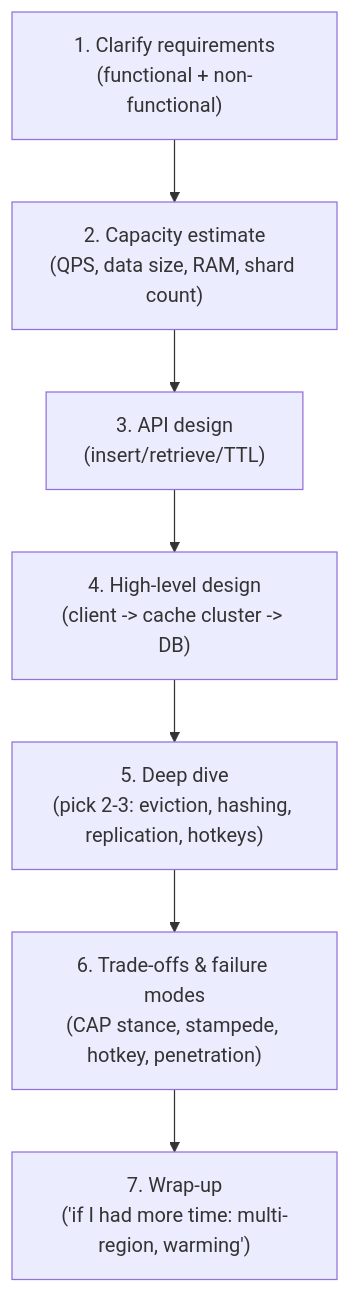
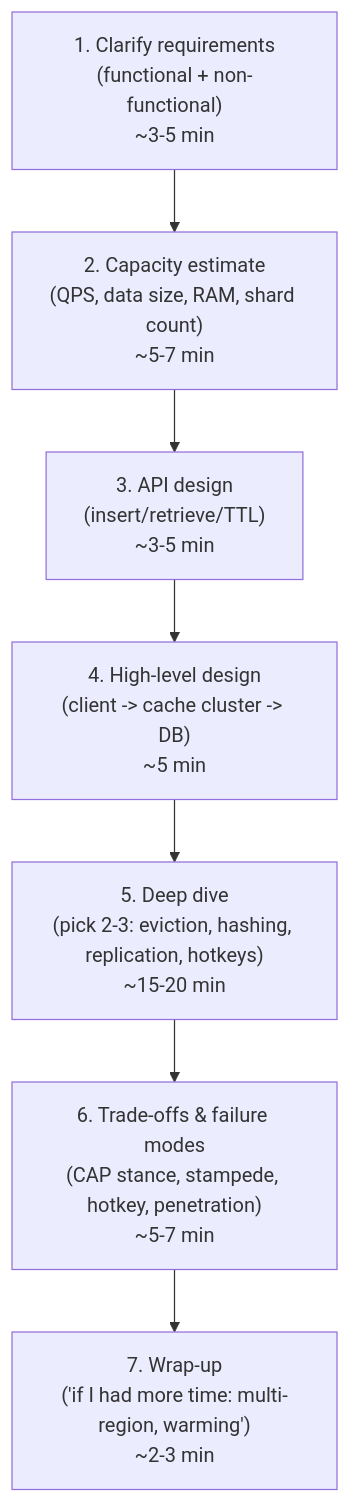
Before and after one commit to riyaz-pasha/Learnings: the second of 22 diagrams in system-design/HLD/0-course/16-Distributed-Cache-FAANG-Guide.md, drawn with Mermaid. The commit also changed other lines of this file and 70 other files, not shown here.

````diff
--- a/system-design/HLD/0-course/16-Distributed-Cache-FAANG-Guide.md
+++ b/system-design/HLD/0-course/16-Distributed-Cache-FAANG-Guide.md
@@ -33,9 +66,9 @@
 ```mermaid
 flowchart TD
-    A["1. Clarify requirements\n(functional + non-functional)"] --> B["2. Capacity estimate\n(QPS, data size, RAM, shard count)"]
-    B --> C["3. API design\n(insert/retrieve/TTL)"]
-    C --> D["4. High-level design\n(client -> cache cluster -> DB)"]
-    D --> E["5. Deep dive\n(pick 2-3: eviction, hashing, replication, hotkeys)"]
-    E --> F["6. Trade-offs & failure modes\n(CAP stance, stampede, hotkey, penetration)"]
-    F --> G["7. Wrap-up\n('if I had more time: multi-region, warming')"]
+    A["1. Clarify requirements\n(functional + non-functional)\n~3-5 min"] --> B["2. Capacity estimate\n(QPS, data size, RAM, shard count)\n~5-7 min"]
+    B --> C["3. API design\n(insert/retrieve/TTL)\n~3-5 min"]
+    C --> D["4. High-level design\n(client -> cache cluster -> DB)\n~5 min"]
+    D --> E["5. Deep dive\n(pick 2-3: eviction, hashing, replication, hotkeys)\n~15-20 min"]
+    E --> F["6. Trade-offs & failure modes\n(CAP stance, stampede, hotkey, penetration)\n~5-7 min"]
+    F --> G["7. Wrap-up\n('if I had more time: multi-region, warming')\n~2-3 min"]
 ```
````
